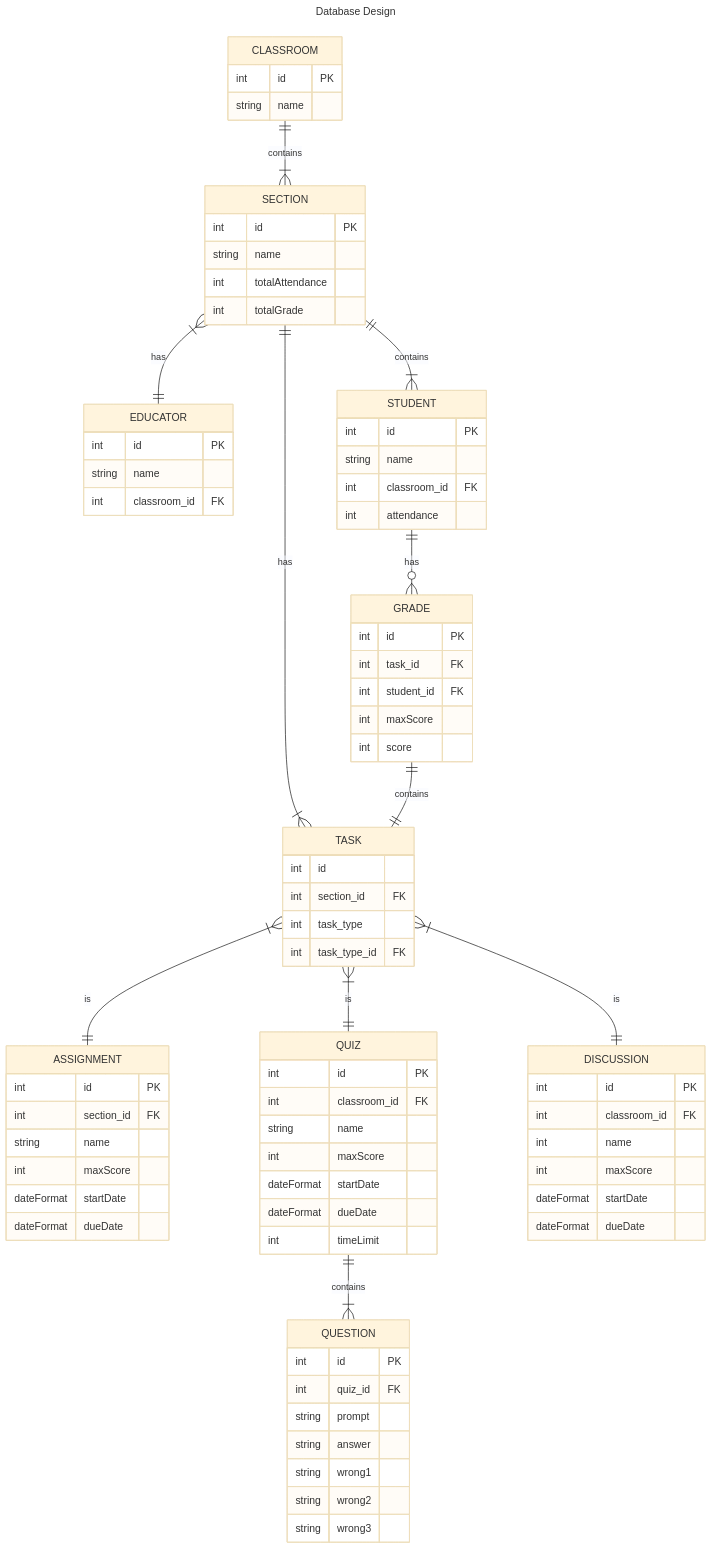
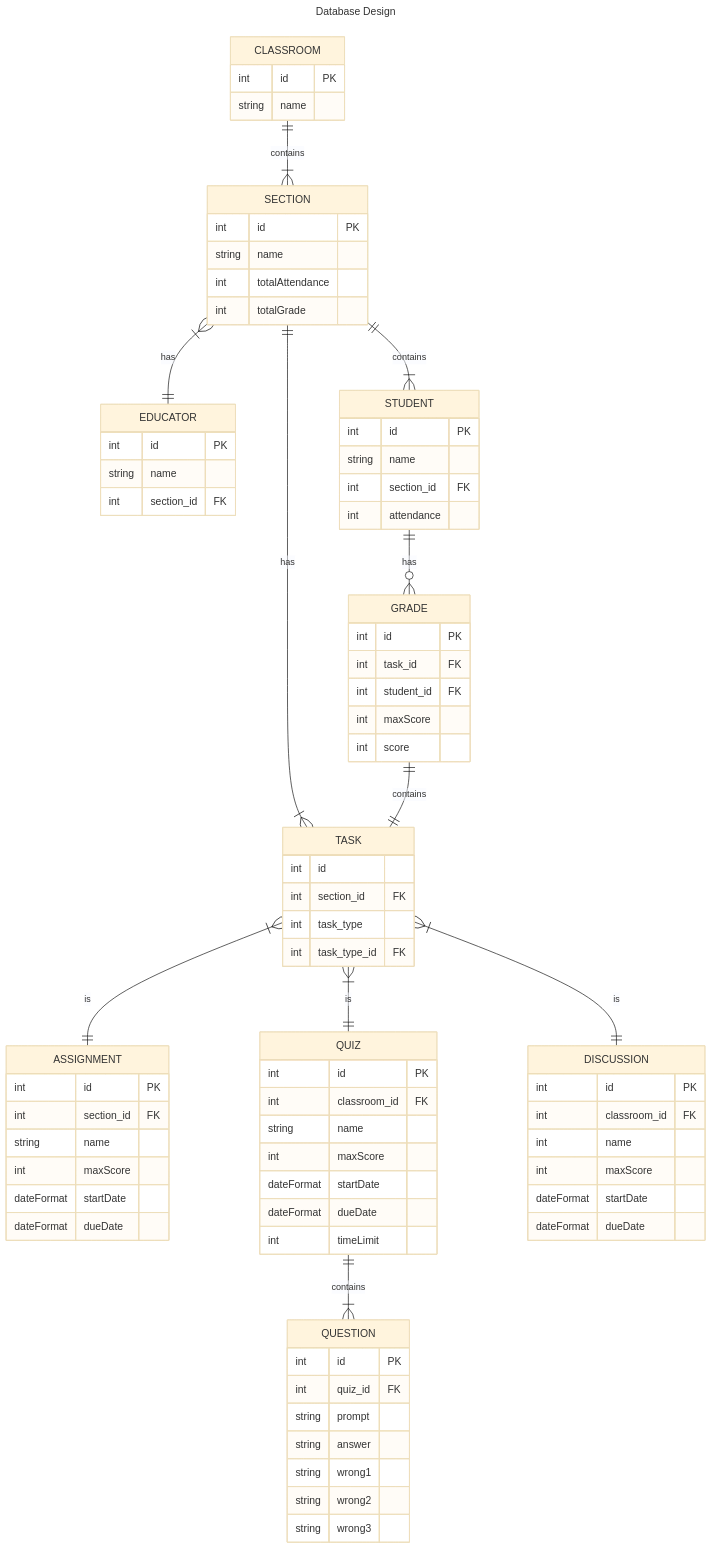
Before and after one commit to Capstone-Projects-2023-Spring/project-discord-classroom: the second of 8 diagrams in documentation/docs/system-architecture/design.md, drawn with Mermaid (base theme).

```diff
--- a/documentation/docs/system-architecture/design.md
+++ b/documentation/docs/system-architecture/design.md
@@ -63,12 +63,12 @@
     EDUCATOR {
         int id PK
         string name
-        int classroom_id FK
+        int section_id FK
     }
     STUDENT {
         int id PK
         string name
-        int classroom_id FK
+        int section_id FK
         int attendance
     }
     TASK {
```
